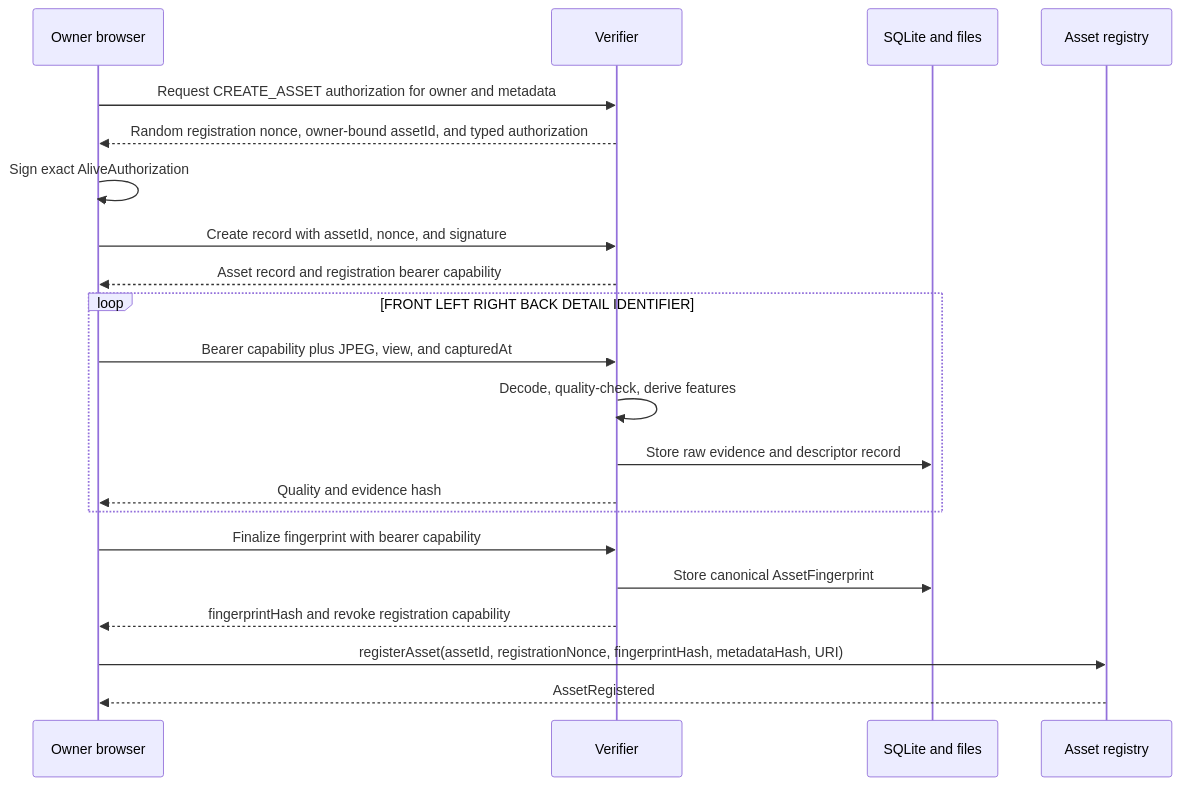
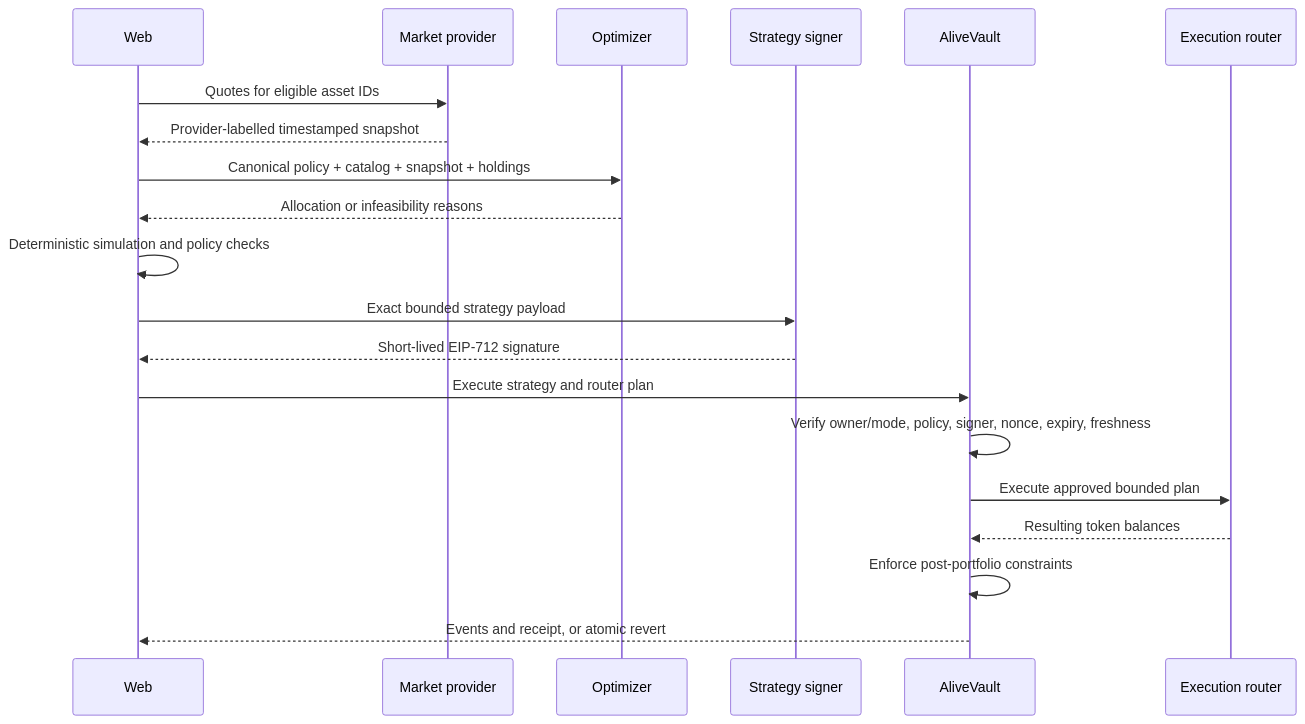
One commit to Nnadijoshuac/Alive changed the third of 3 diagrams in docs/ARCHITECTURE.md. Above: the diagram before and after it, drawn with Mermaid. The commit also changed other lines of this file and 132 other files, not shown here.

First line of the commit message:
chore: checkpoint RWA policy vault before verification gateway pivot

````diff
--- a/docs/ARCHITECTURE.md
+++ b/docs/ARCHITECTURE.md
@@ -112,24 +329,23 @@
 ```mermaid
 sequenceDiagram
-    participant O as Owner browser
-    participant V as Verifier
-    participant S as SQLite and files
-    participant R as Asset registry
+    participant W as Web
+    participant M as Market provider
+    participant O as Optimizer
+    participant S as Strategy signer
+    participant V as AliveVault
+    participant X as Execution router
 
-    O->>V: Request CREATE_ASSET authorization for owner and metadata
-    V-->>O: Random registration nonce, owner-bound assetId, and typed authorization
-    O->>O: Sign exact AliveAuthorization
-    O->>V: Create record with assetId, nonce, and signature
-    V-->>O: Asset record and registration bearer capability
-    loop FRONT LEFT RIGHT BACK DETAIL IDENTIFIER
-      O->>V: Bearer capability plus JPEG, view, and capturedAt
-      V->>V: Decode, quality-check, derive features
-      V->>S: Store raw evidence and descriptor record
-      V-->>O: Quality and evidence hash
-    end
-    O->>V: Finalize fingerprint with bearer capability
-    V->>S: Store canonical AssetFingerprint
-    V-->>O: fingerprintHash and revoke registration capability
-    O->>R: registerAsset(assetId, registrationNonce, fingerprintHash, metadataHash, URI)
-    R-->>O: AssetRegistered
+    W->>M: Quotes for eligible asset IDs
+    M-->>W: Provider-labelled timestamped snapshot
+    W->>O: Canonical policy + catalog + snapshot + holdings
+    O-->>W: Allocation or infeasibility reasons
+    W->>W: Deterministic simulation and policy checks
+    W->>S: Exact bounded strategy payload
+    S-->>W: Short-lived EIP-712 signature
+    W->>V: Execute strategy and router plan
+    V->>V: Verify owner/mode, policy, signer, nonce, expiry, freshness
+    V->>X: Execute approved bounded plan
+    X-->>V: Resulting token balances
+    V->>V: Enforce post-portfolio constraints
+    V-->>W: Events and receipt, or atomic revert
 ```
````
